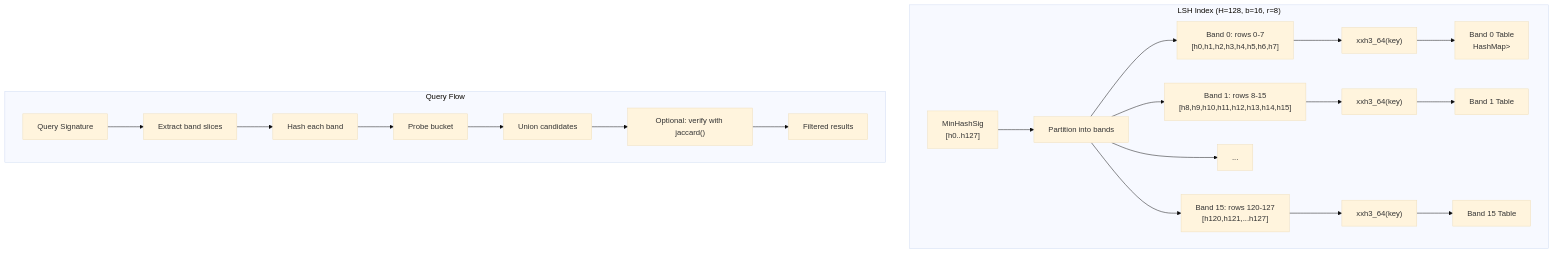
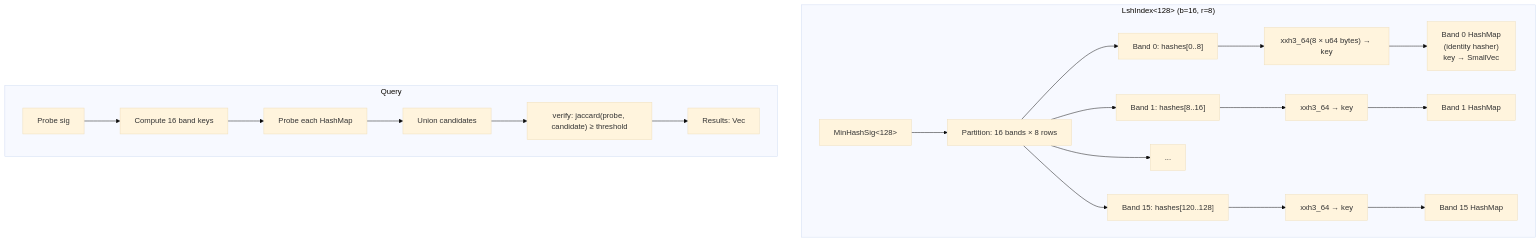
Before and after one commit to themankindproject/txtfp: the seventh of 9 diagrams in txt.md, drawn with Mermaid (base theme). The commit also changed other lines of this file and 1 other file, not shown here.

````diff
--- a/txt.md
+++ b/txt.md
@@ -876,28 +654,27 @@
 ```mermaid
 flowchart TD
-    subgraph "LSH Index (H=128, b=16, r=8)"
-        A["MinHashSig<H><br/>[h0..h127]"] --> B["Partition into bands"]
+    subgraph "LshIndex<128> (b=16, r=8)"
+        A["MinHashSig<128>"] --> B["Partition: 16 bands × 8 rows"]
 
-        B --> B0["Band 0: rows 0-7<br/>[h0,h1,h2,h3,h4,h5,h6,h7]"]
-        B --> B1["Band 1: rows 8-15<br/>[h8,h9,h10,h11,h12,h13,h14,h15]"]
-        B --> B2["..."]
-        B --> B3["Band 15: rows 120-127<br/>[h120,h121,...h127]"]
+        B --> B0["Band 0: hashes[0..8]"]
+        B --> B1["Band 1: hashes[8..16]"]
+        B --> BN["..."]
+        B --> B15["Band 15: hashes[120..128]"]
 
-        B0 --> C0["xxh3_64(key)"]
-        B1 --> C1["xxh3_64(key)"]
-        B3 --> C3["xxh3_64(key)"]
+        B0 --> C0["xxh3_64(8 × u64 bytes) → key"]
+        B1 --> C1["xxh3_64 → key"]
+        B15 --> C15["xxh3_64 → key"]
 
-        C0 --> T0["Band 0 Table<br/>HashMap<u64, Vec<doc_id>>"]
-        C1 --> T1["Band 1 Table"]
-        C3 --> T3["Band 15 Table"]
+        C0 --> T0["Band 0 HashMap<br/>(identity hasher)<br/>key → SmallVec<doc_id>"]
+        C1 --> T1["Band 1 HashMap"]
+        C15 --> T15["Band 15 HashMap"]
     end
 
-    subgraph "Query Flow"
-        Q["Query Signature"] --> Q0["Extract band slices"]
-        Q0 --> Q1["Hash each band"]
-        Q1 --> Q2["Probe bucket"]
+    subgraph "Query"
+        Q["Probe sig"] --> Q1["Compute 16 band keys"]
+        Q1 --> Q2["Probe each HashMap"]
         Q2 --> Q3["Union candidates"]
-        Q3 --> Q4["Optional: verify with jaccard()"]
-        Q4 --> Q5["Filtered results"]
+        Q3 --> Q4["verify: jaccard(probe, candidate) ≥ threshold"]
+        Q4 --> Q5["Results: Vec<u64>"]
     end
 ```
````
